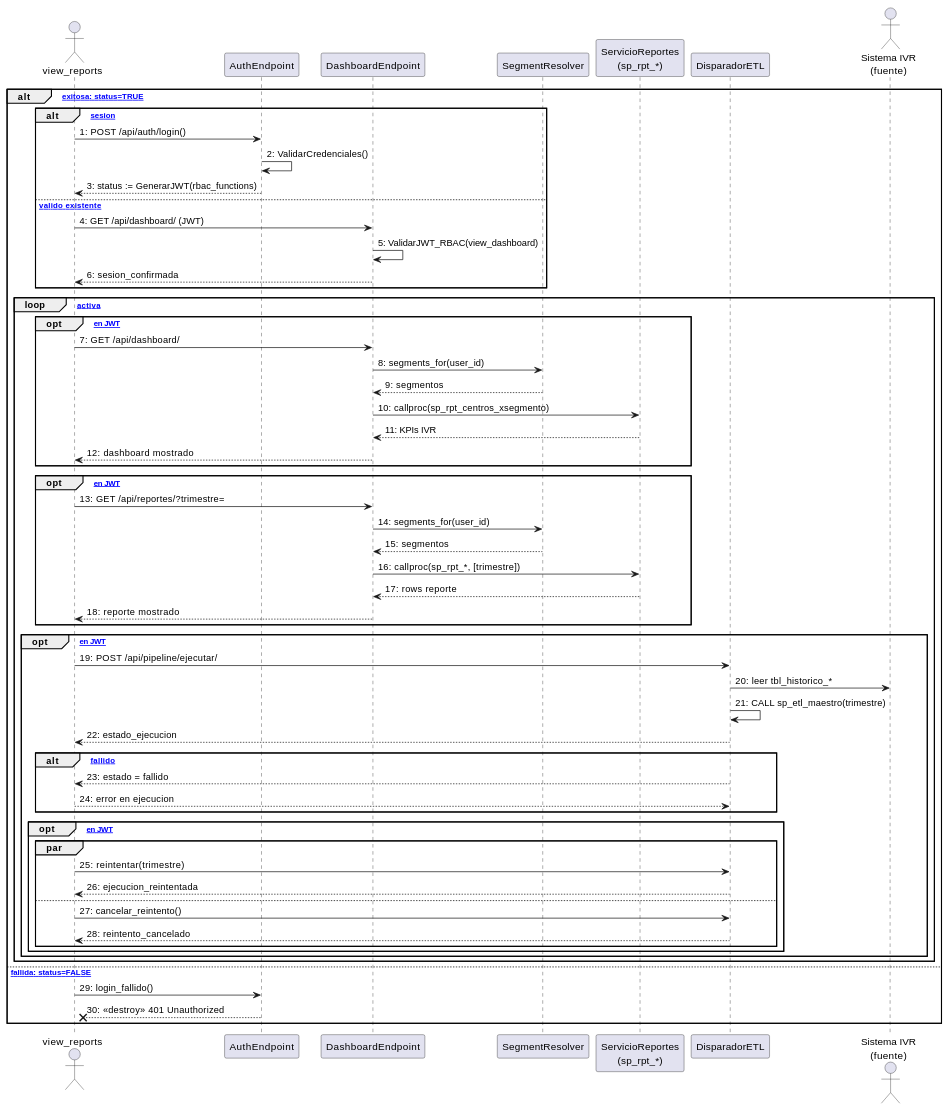
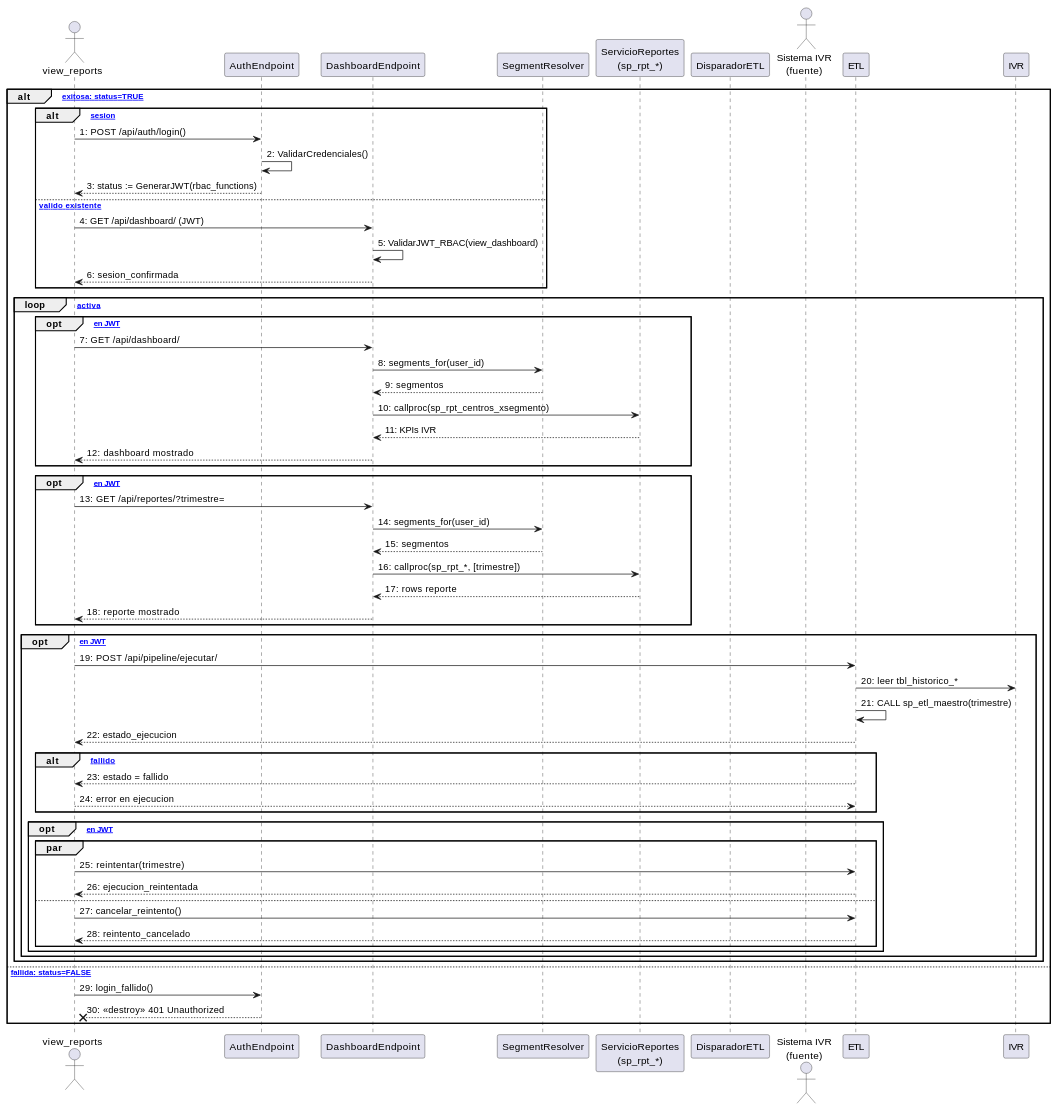
Before and after one commit to jcg-admin/IACT-docs: the diagram in source/arquitectura-tecnica/UMLSystemView/secuencia.rst, drawn with PlantUML. The commit also changed 47 other files, not shown here.

First line of the commit message:
Fix cryptic PlantUML aliases in UC and architecture files (STD_011)

```diff
--- a/source/arquitectura-tecnica/UMLSystemView/secuencia.rst
+++ b/source/arquitectura-tecnica/UMLSystemView/secuencia.rst
@@ -28,75 +28,75 @@
 .. uml::
  :caption: Figura 9 — Diagrama de secuencia del Sistema IACT
 
  @startuml
 
  actor "view_reports" as view_reports
  participant "AuthEndpoint" as AuthEndpoint
  participant "DashboardEndpoint" as DashboardEndpoint
  participant "SegmentResolver" as SegmentResolver
  participant "ServicioReportes\n(sp_rpt_*)" as ServicioReportes
- participant "DisparadorETL" as ETL
- actor "Sistema IVR\n(fuente)" as IVR
+ participant "DisparadorETL" as ProcesoETL
+ actor "Sistema IVR\n(fuente)" as SistemaIVR
 
  alt [autenticacion exitosa: status=TRUE]
 
    alt [Nueva sesion]
      view_reports -> AuthEndpoint : 1: POST /api/auth/login()
      AuthEndpoint -> AuthEndpoint : 2: ValidarCredenciales()
      AuthEndpoint --> view_reports : 3: status := GenerarJWT(rbac_functions)
    else [JWT valido existente]
      view_reports -> DashboardEndpoint : 4: GET /api/dashboard/ (JWT)
      DashboardEndpoint -> DashboardEndpoint : 5: ValidarJWT_RBAC(view_dashboard)
      DashboardEndpoint --> view_reports : 6: sesion_confirmada
    end
 
    loop [sesion activa]
 
      opt [view_dashboard en JWT]
        view_reports -> DashboardEndpoint : 7: GET /api/dashboard/
        DashboardEndpoint -> SegmentResolver : 8: segments_for(user_id)
        SegmentResolver --> DashboardEndpoint : 9: segmentos
        DashboardEndpoint -> ServicioReportes : 10: callproc(sp_rpt_centros_xsegmento)
        ServicioReportes --> DashboardEndpoint : 11: KPIs IVR
        DashboardEndpoint --> view_reports : 12: dashboard mostrado
      end
 
      opt [view_reports en JWT]
        view_reports -> DashboardEndpoint : 13: GET /api/reportes/?trimestre=
        DashboardEndpoint -> SegmentResolver : 14: segments_for(user_id)
        SegmentResolver --> DashboardEndpoint : 15: segmentos
        DashboardEndpoint -> ServicioReportes : 16: callproc(sp_rpt_*, [trimestre])
        ServicioReportes --> DashboardEndpoint : 17: rows reporte
        DashboardEndpoint --> view_reports : 18: reporte mostrado
      end
 
      opt [view_pipeline_status en JWT]
        view_reports -> ETL : 19: POST /api/pipeline/ejecutar/
        ETL -> IVR : 20: leer tbl_historico_*
        ETL -> ETL : 21: CALL sp_etl_maestro(trimestre)
        ETL --> view_reports : 22: estado_ejecucion
 
        alt [ETL fallido]
          ETL --> view_reports : 23: estado = fallido
          view_reports --> ETL : 24: error en ejecucion
        end
 
        opt [request_pipeline_retry en JWT]
          par
            view_reports -> ETL : 25: reintentar(trimestre)
            ETL --> view_reports : 26: ejecucion_reintentada
          also
            view_reports -> ETL : 27: cancelar_reintento()
            ETL --> view_reports : 28: reintento_cancelado
          end
        end
      end
 
    end
 
  else [autenticacion fallida: status=FALSE]
    view_reports -> AuthEndpoint : 29: login_fallido()
    AuthEndpoint -->x view_reports : 30: <<destroy>> 401 Unauthorized
  end
 
  @enduml
```
